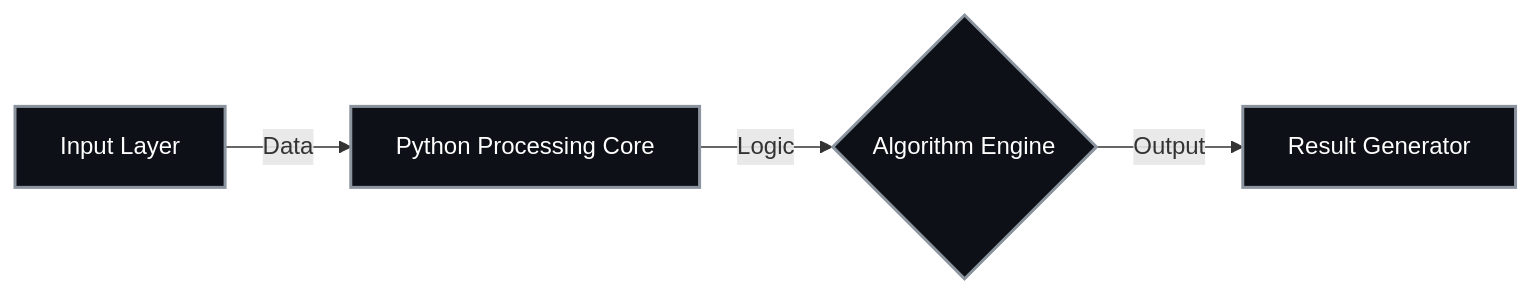
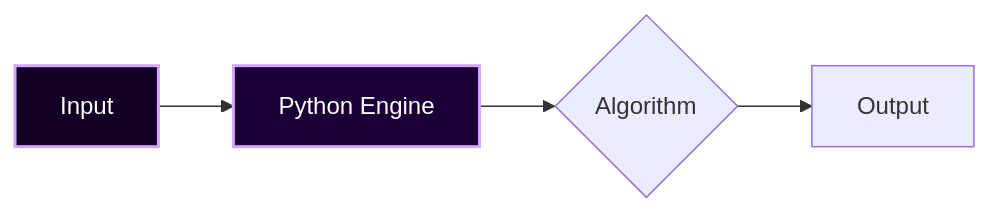
Before and after one commit to Nytrynox/Smart-Student-Predictor: the diagram in README.md, drawn with Mermaid. The commit also changed other lines of this file, not shown here.

````diff
--- a/README.md
+++ b/README.md
@@ -28,9 +34,9 @@
 ```mermaid
 graph LR;
-    A["Input Layer"] -->|Data| B["Python Processing Core"];
-    B -->|Logic| C{"Algorithm Engine"};
-    C -->|Output| D["Result Generator"];
-    
-    classDef core fill:#0d1117,stroke:#8b949e,stroke-width:2px,color:#fff;
-    class A,B,C,D core;
+    A["Input"] --> B["Python Engine"];
+    B --> C{"Algorithm"};
+    C --> D["Output"];
+
+    style A fill:#120024,stroke:#d2a8ff,stroke-width:2px,color:#fff
+    style B fill:#1a0036,stroke:#d2a8ff,stroke-width:2px,color:#fff
 ```
````
